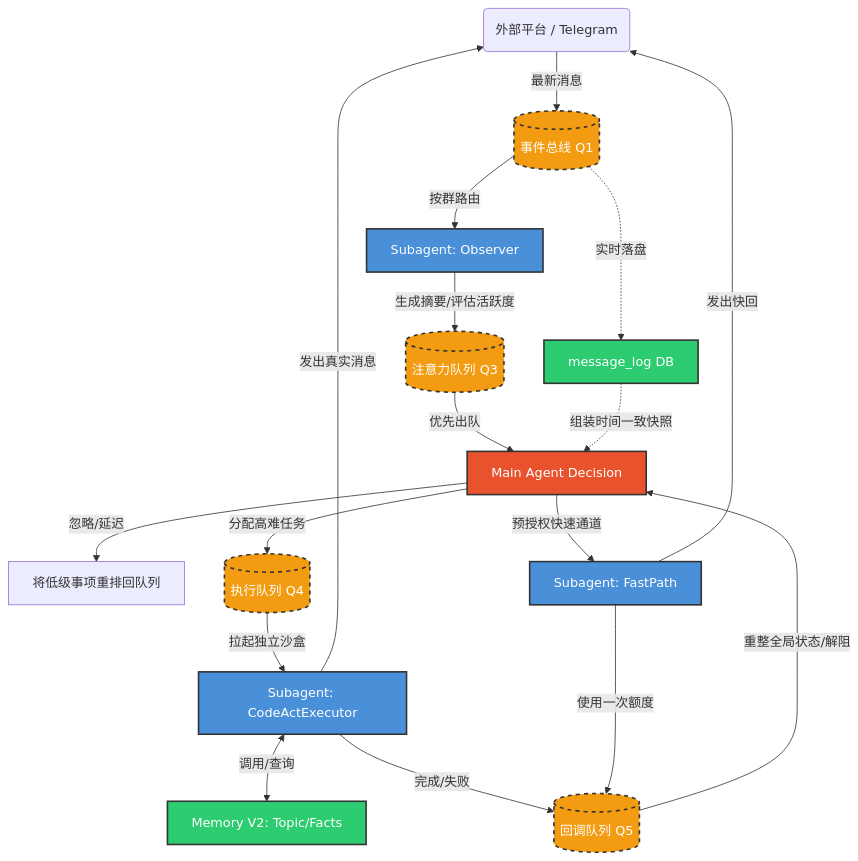
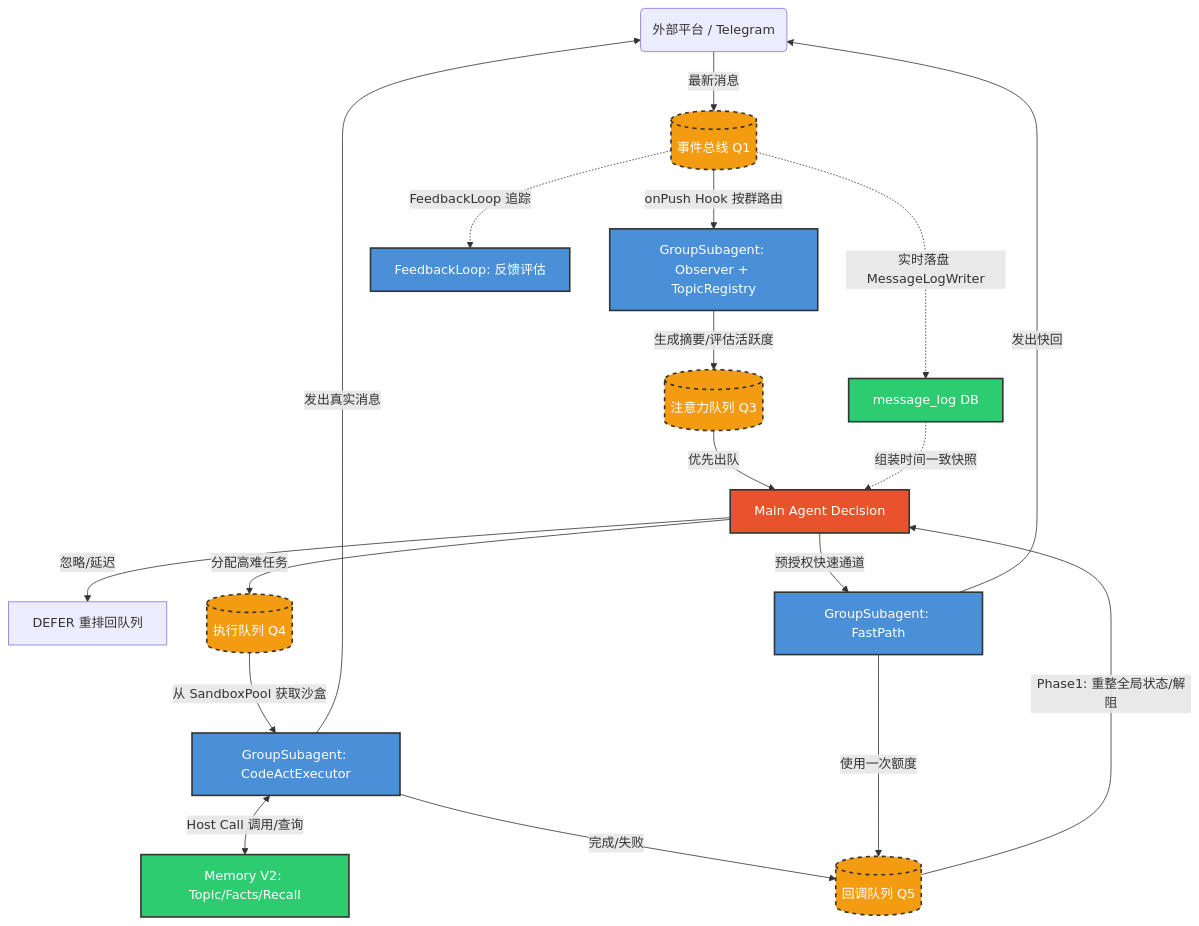
The third of 3 diagrams in docs/architecture_v2.md (mitang-tal/CyberGroupmate), drawn with Mermaid before and after one commit. The commit also changed other lines of this file, not shown here.

````diff
--- a/docs/architecture_v2.md
+++ b/docs/architecture_v2.md
@@ -103,32 +117,34 @@
 ```mermaid
 graph TD
     classDef mainfill fill:#e8532e,stroke:#333,stroke-width:2px,color:#fff;
     classDef subfill fill:#4a90d9,stroke:#333,stroke-width:2px,color:#fff;
     classDef memfill fill:#2ecc71,stroke:#333,stroke-width:2px,color:#fff;
     classDef qfill fill:#f39c12,stroke:#333,stroke-width:2px,color:#fff,stroke-dasharray: 5 5;
 
     PA(外部平台 / Telegram) -->|最新消息| NC[(事件总线 Q1)]:::qfill
-    NC -.->|实时落盘| ML[message_log DB]:::memfill
+    NC -.->|实时落盘 MessageLogWriter| ML[message_log DB]:::memfill
     
-    NC -->|按群路由| OBS[Subagent: Observer]:::subfill
+    NC -->|onPush Hook 按群路由| OBS[GroupSubagent: Observer + TopicRegistry]:::subfill
     
     OBS -->|生成摘要/评估活跃度| MQ3[(注意力队列 Q3)]:::qfill
     
     MQ3 -->|优先出队| MA[Main Agent Decision]:::mainfill
     ML -.->|组装时间一致快照| MA
     
-    MA -->|忽略/延迟| Q3[将低级事项重排回队列]
+    MA -->|忽略/延迟| Q3[DEFER 重排回队列]
     MA -->|分配高难任务| MQ4[(执行队列 Q4)]:::qfill
-    MA -->|预授权快速通道| FH[Subagent: FastPath]:::subfill
+    MA -->|预授权快速通道| FH[GroupSubagent: FastPath]:::subfill
     
-    MQ4 -->|拉起独立沙盒| CAE[Subagent: CodeActExecutor]:::subfill
+    MQ4 -->|从 SandboxPool 获取沙盒| CAE[GroupSubagent: CodeActExecutor]:::subfill
     
-    CAE <-->|调用/查询| MEM[Memory V2: Topic/Facts]:::memfill
+    CAE <-->|Host Call 调用/查询| MEM[Memory V2: Topic/Facts/Recall]:::memfill
     CAE -->|发出真实消息| PA
     FH -->|发出快回| PA
     
     CAE -->|完成/失败| MQ5[(回调队列 Q5)]:::qfill
     FH -->|使用一次额度| MQ5
     
-    MQ5 -->|重整全局状态/解阻| MA
+    MQ5 -->|Phase1: 重整全局状态/解阻| MA
+
+    NC -.->|FeedbackLoop 追踪| FL[FeedbackLoop: 反馈评估]:::subfill
 ```
````
